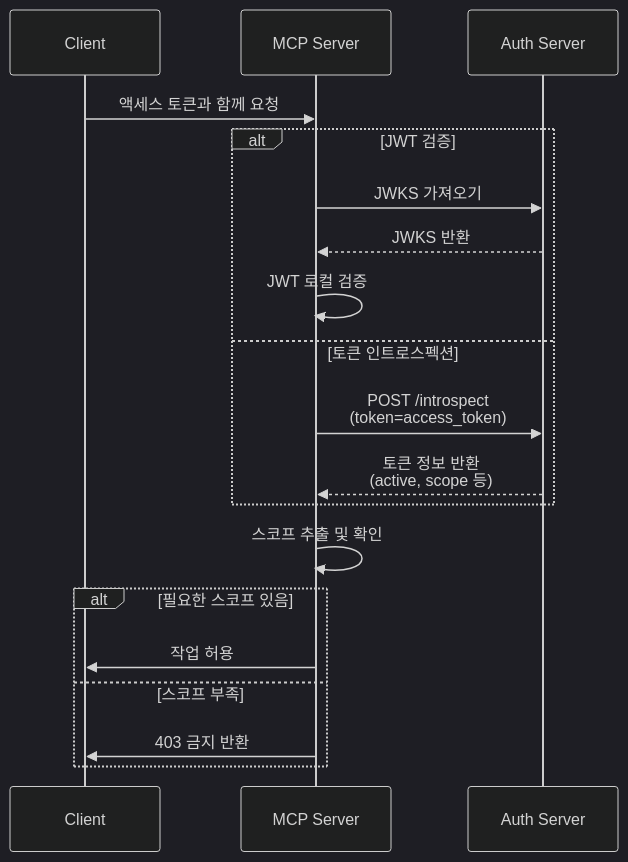
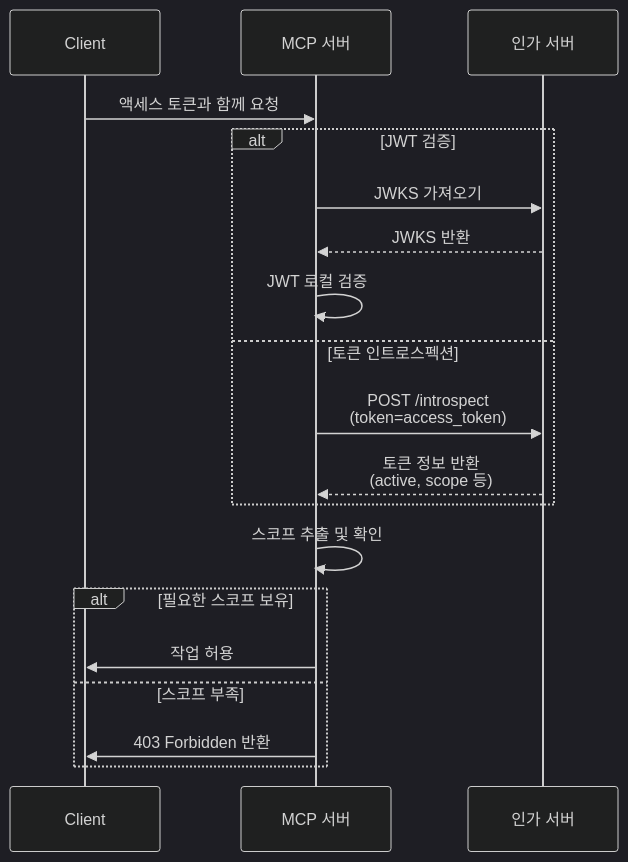
One commit to mcp-auth/docs changed the second of 2 diagrams in i18n/ko/docusaurus-plugin-content-docs/current/tutorials/todo-manager/README.mdx. Above: the diagram before and after it, drawn with Mermaid (dark theme). The commit also changed other lines of this file and 17 other files, not shown here.

````diff
--- a/i18n/ko/docusaurus-plugin-content-docs/current/tutorials/todo-manager/README.mdx
+++ b/i18n/ko/docusaurus-plugin-content-docs/current/tutorials/todo-manager/README.mdx
@@ -115,25 +157,25 @@
 ```mermaid
 sequenceDiagram
     participant Client
-    participant MCP Server
-    participant Auth Server
+    participant MCP 서버
+    participant 인가 서버
 
-    Client->>MCP Server: 액세스 토큰과 함께 요청
+    Client->>MCP 서버: 액세스 토큰과 함께 요청
 
     alt JWT 검증
-        MCP Server->>Auth Server: JWKS 가져오기
-        Auth Server-->>MCP Server: JWKS 반환
-        MCP Server->>MCP Server: JWT 로컬 검증
+        MCP 서버->>인가 서버: JWKS 가져오기
+        인가 서버-->>MCP 서버: JWKS 반환
+        MCP 서버->>MCP 서버: JWT 로컬 검증
     else 토큰 인트로스펙션
-        MCP Server->>Auth Server: POST /introspect<br/>(token=access_token)
-        Auth Server-->>MCP Server: 토큰 정보 반환<br/>(active, scope 등)
+        MCP 서버->>인가 서버: POST /introspect<br/>(token=access_token)
+        인가 서버-->>MCP 서버: 토큰 정보 반환<br/>(active, scope 등)
     end
 
-    MCP Server->>MCP Server: 스코프 추출 및 확인
+    MCP 서버->>MCP 서버: 스코프 추출 및 확인
 
-    alt 필요한 스코프 있음
-        MCP Server->>Client: 작업 허용
+    alt 필요한 스코프 보유
+        MCP 서버->>Client: 작업 허용
     else 스코프 부족
-        MCP Server->>Client: 403 금지 반환
+        MCP 서버->>Client: 403 Forbidden 반환
     end
 ```
````
